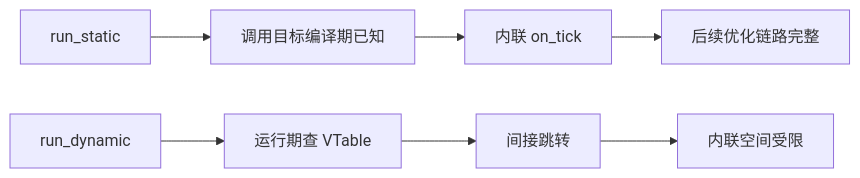
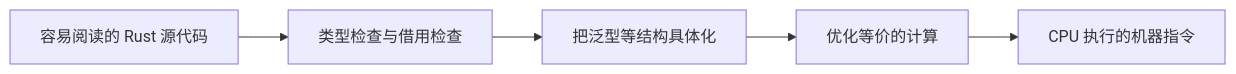
Before and after one commit to xizheyin/hft-book-rs: the first of 3 diagrams in books/rust-hft/src/foundations/zero_cost.md, drawn with Mermaid. The commit also changed other lines of this file and 207 other files, not shown here.

````diff
--- a/books/rust-hft/src/foundations/zero_cost.md
+++ b/books/rust-hft/src/foundations/zero_cost.md
@@ -113,9 +18,7 @@
 ```mermaid
 flowchart LR
-    A[run_static] --> B[调用目标编译期已知]
-    B --> C[内联 on_tick]
-    C --> D[后续优化链路完整]
-    E[run_dynamic] --> F[运行期查 VTable]
-    F --> G[间接跳转]
-    G --> H[内联空间受限]
+    A["容易阅读的 Rust 源代码"] --> B["类型检查与借用检查"]
+    B --> C["把泛型等结构具体化"]
+    C --> D["优化等价的计算"]
+    D --> E["CPU 执行的机器指令"]
 ```
````
